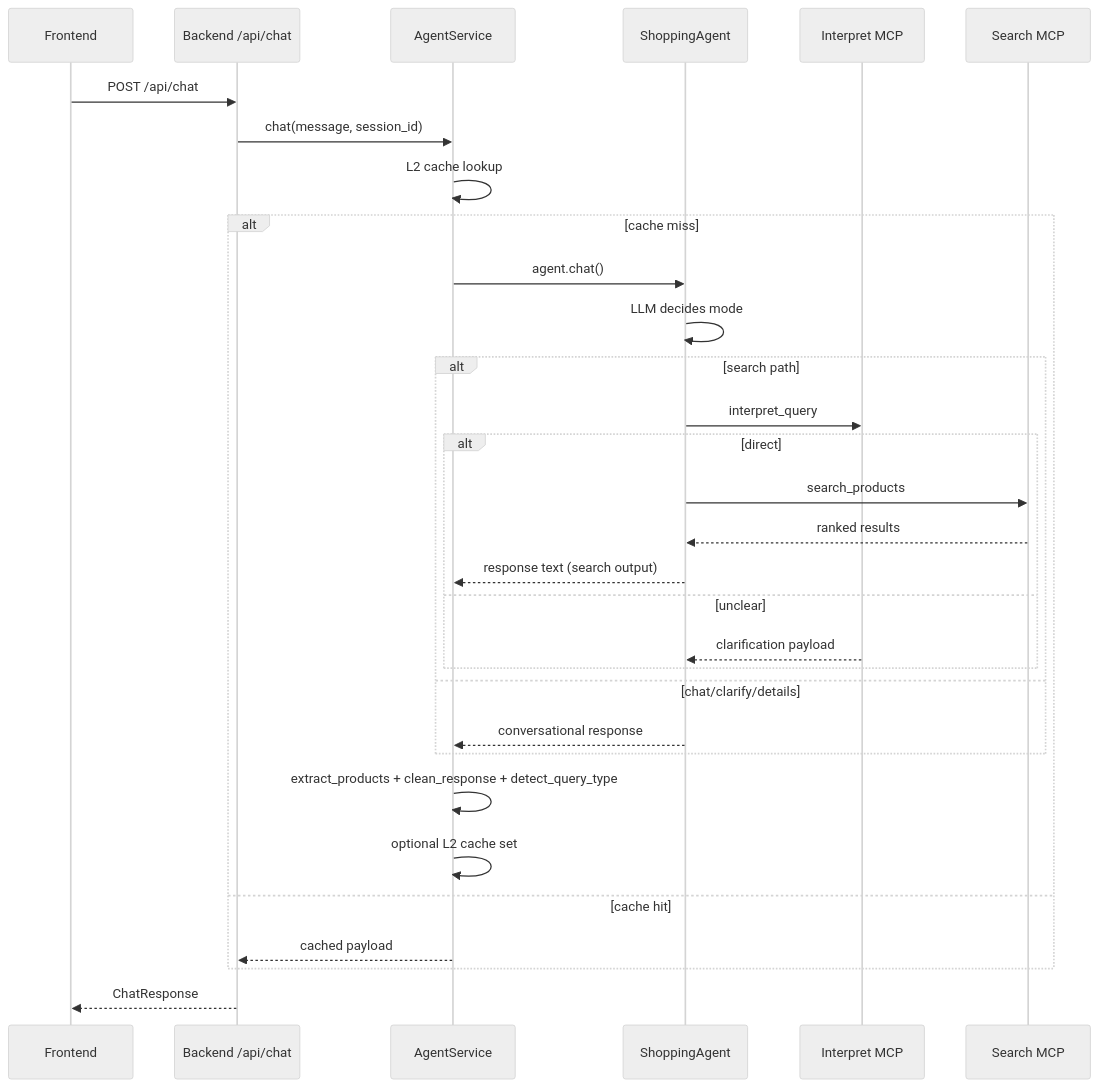
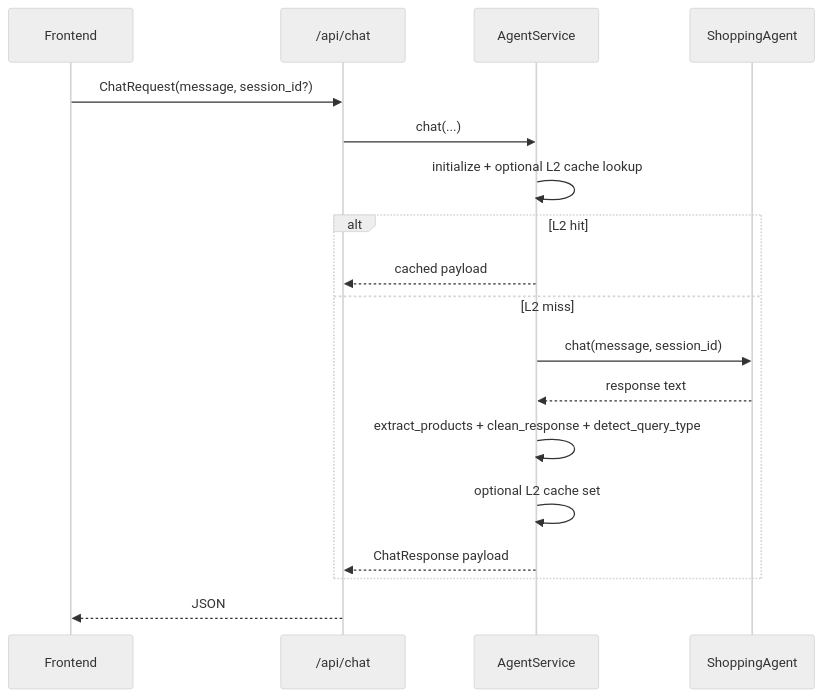
Before and after one commit to 11linear11/ShoppingAiAssistant: the first of 6 diagrams in docs/en/PIPELINES.md, drawn with Mermaid (neutral theme). The commit also changed other lines of this file and 10 other files, not shown here.

Commit message:
Rewrite full project docs with updated architecture schematics

````diff
--- a/docs/en/PIPELINES.md
+++ b/docs/en/PIPELINES.md
@@ -7,34 +7,21 @@
 ```mermaid
 sequenceDiagram
   participant FE as Frontend
-  participant BE as Backend /api/chat
+  participant API as /api/chat
   participant AS as AgentService
   participant AG as ShoppingAgent
-  participant IN as Interpret MCP
-  participant SE as Search MCP
 
-  FE->>BE: POST /api/chat
-  BE->>AS: chat(message, session_id)
-  AS->>AS: L2 cache lookup
-  alt cache miss
-    AS->>AG: agent.chat()
-    AG->>AG: LLM decides mode
-    alt search path
-      AG->>IN: interpret_query
-      alt direct
-        AG->>SE: search_products
-        SE-->>AG: ranked results
-        AG-->>AS: response text (search output)
-      else unclear
-        IN-->>AG: clarification payload
-      end
-    else chat/clarify/details
-      AG-->>AS: conversational response
-    end
+  FE->>API: ChatRequest(message, session_id?)
+  API->>AS: chat(...)
+  AS->>AS: initialize + optional L2 cache lookup
+  alt L2 hit
+    AS-->>API: cached payload
+  else L2 miss
+    AS->>AG: chat(message, session_id)
+    AG-->>AS: response text
     AS->>AS: extract_products + clean_response + detect_query_type
     AS->>AS: optional L2 cache set
-  else cache hit
-    AS-->>BE: cached payload
+    AS-->>API: ChatResponse payload
   end
-  BE-->>FE: ChatResponse
+  API-->>FE: JSON
 ```
````
